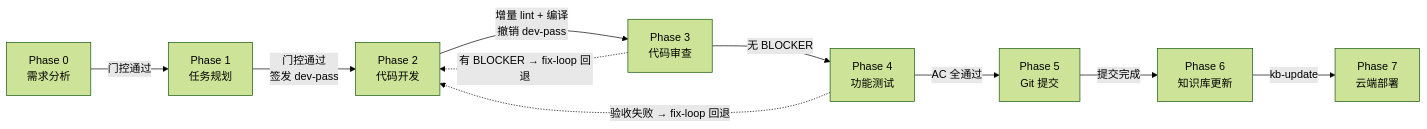
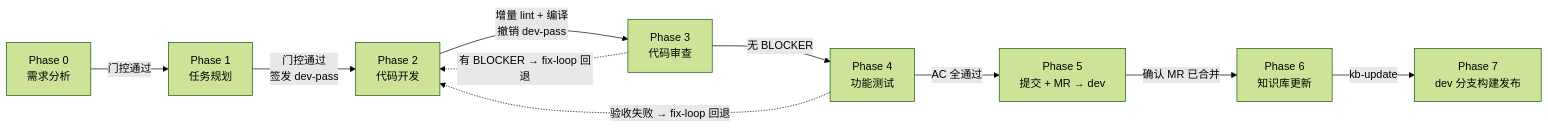
The first of 2 diagrams in README.md (JayCJP/harnessflow), drawn with Mermaid (forest theme) before and after one commit. The commit also changed other lines of this file, not shown here.

Commit message:
docs(readme): 同步发布助手 5 步主线到 Phase 5/6/7 描述
- Phase 5: Git 提交 + MR（提交开发分支 + 创建 MR → dev + 确认已合并）
- Phase 6: 知识库更新（kb-update）
- Phase 7: 云端部署（dev 分支构建，env=dev, build_other=dev）
- mermaid 横向流转图同步更新 P5/P6/P7 节点与边标签

````diff
--- a/README.md
+++ b/README.md
@@ -48,13 +48,13 @@
 ```mermaid
 flowchart LR
     P0["Phase 0<br/>需求分析"] -->|"门控通过"| P1["Phase 1<br/>任务规划"]
     P1 -->|"门控通过<br/>签发 dev-pass"| P2["Phase 2<br/>代码开发"]
     P2 -->|"增量 lint + 编译<br/>撤销 dev-pass"| P3["Phase 3<br/>代码审查"]
     P3 -->|"无 BLOCKER"| P4["Phase 4<br/>功能测试"]
-    P4 -->|"AC 全通过"| P5["Phase 5<br/>Git 提交"]
-    P5 -->|"提交完成"| P6["Phase 6<br/>知识库更新"]
-    P6 -->|"kb-update"| P7["Phase 7<br/>云端部署"]
+    P4 -->|"AC 全通过"| P5["Phase 5<br/>提交 + MR → dev"]
+    P5 -->|"确认 MR 已合并"| P6["Phase 6<br/>知识库更新"]
+    P6 -->|"kb-update"| P7["Phase 7<br/>dev 分支构建发布"]
 
     P3 -.->|"有 BLOCKER → fix-loop 回退"| P2
     P4 -.->|"验收失败 → fix-loop 回退"| P2
 ```
````
